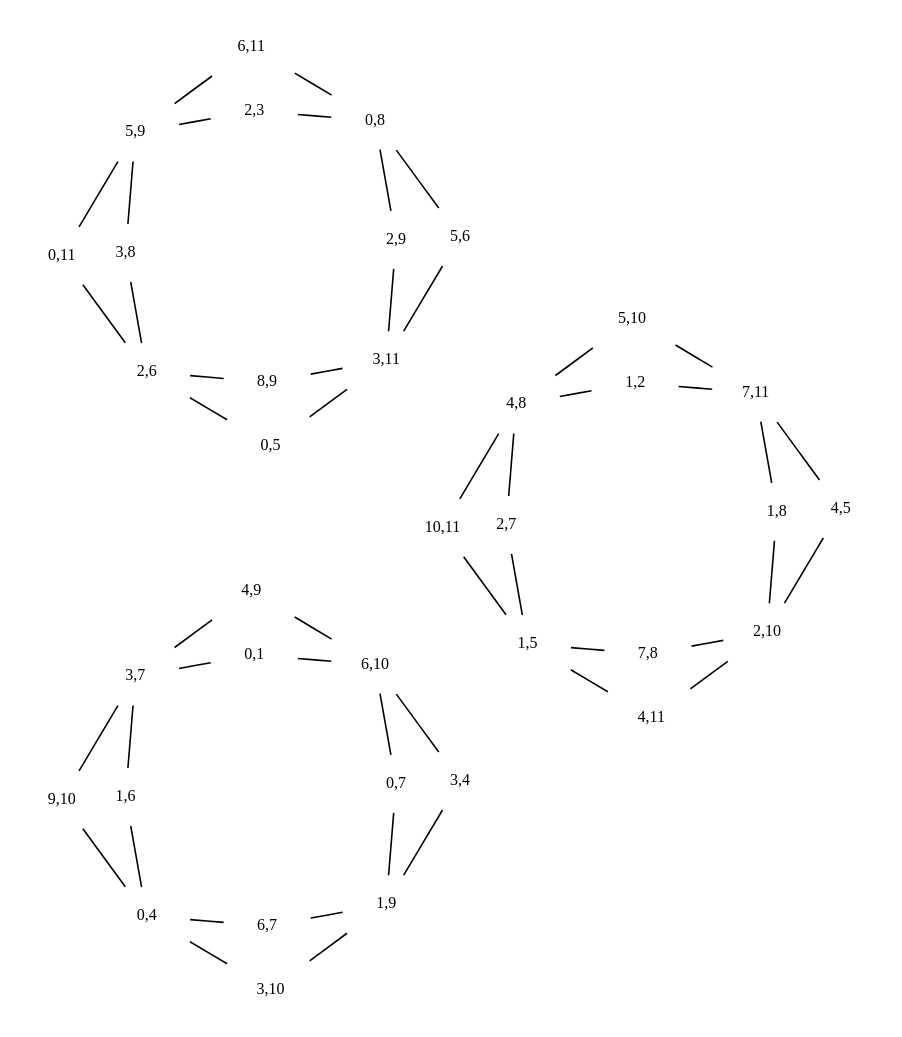
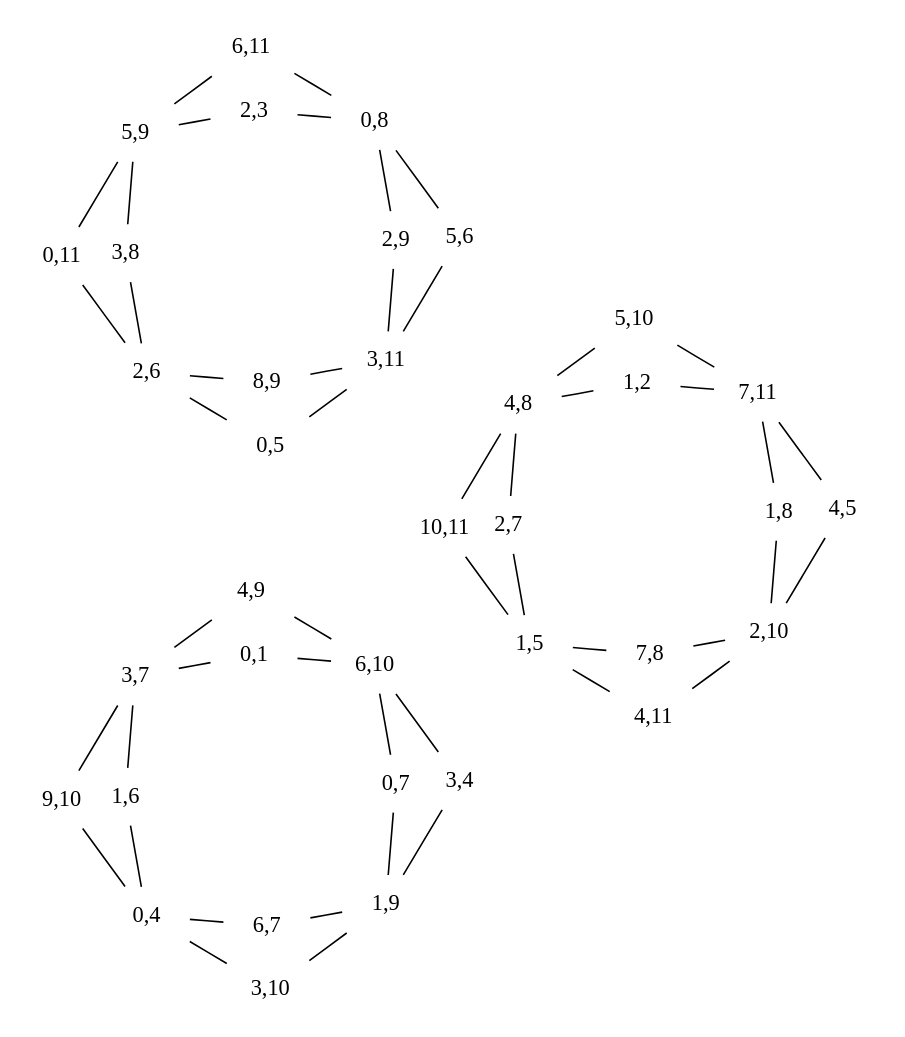
One commit to rd--/hmt changed the diagram in data/dot/tj/oh/tj_oh_p177.0.dot. Above: the diagram before and after it, drawn with Graphviz. The commit also changed 34 other files, not shown here.

```diff
--- a/data/dot/tj/oh/tj_oh_p177.0.dot
+++ b/data/dot/tj/oh/tj_oh_p177.0.dot
@@ -1,89 +1,89 @@
 graph
  g {
-graph [layout=neato,epsilon=0.000001];
-node [shape=plaintext,fontsize=10,fontname="century schoolbook"];
+graph [layout=neato,epsilon=0.000001,fontsize=10,fontname="century schoolbook"]
+node [shape=plaintext]
 0 [label="0,4"];
 1 [label="1,6"];
 2 [label="1,5"];
 3 [label="2,7"];
 4 [label="2,6"];
 5 [label="3,8"];
 6 [label="3,7"];
 7 [label="4,9"];
 8 [label="4,8"];
 9 [label="5,10"];
 10 [label="5,9"];
 11 [label="6,11"];
 12 [label="6,10"];
 13 [label="0,7"];
 14 [label="7,11"];
 15 [label="1,8"];
 16 [label="0,8"];
 17 [label="2,9"];
 18 [label="1,9"];
 19 [label="3,10"];
 20 [label="2,10"];
 21 [label="4,11"];
 22 [label="3,11"];
 23 [label="0,5"];
 24 [label="0,1"];
 25 [label="1,2"];
 26 [label="2,3"];
 27 [label="3,4"];
 28 [label="4,5"];
 29 [label="5,6"];
 30 [label="6,7"];
 31 [label="7,8"];
 32 [label="8,9"];
 33 [label="9,10"];
 34 [label="10,11"];
 35 [label="0,11"];
 0 -- 1;
 0 -- 19;
 0 -- 30;
 0 -- 33;
 2 -- 3;
 2 -- 21;
 2 -- 31;
 2 -- 34;
 4 -- 5;
 4 -- 23;
 4 -- 32;
 4 -- 35;
 6 -- 1;
 6 -- 7;
 6 -- 24;
 6 -- 33;
 8 -- 3;
 8 -- 9;
 8 -- 25;
 8 -- 34;
 10 -- 5;
 10 -- 11;
 10 -- 26;
 10 -- 35;
 12 -- 7;
 12 -- 13;
 12 -- 24;
 12 -- 27;
 14 -- 9;
 14 -- 15;
 14 -- 25;
 14 -- 28;
 16 -- 11;
 16 -- 17;
 16 -- 26;
 16 -- 29;
 18 -- 13;
 18 -- 19;
 18 -- 27;
 18 -- 30;
 20 -- 15;
 20 -- 21;
 20 -- 28;
 20 -- 31;
 22 -- 17;
 22 -- 23;
 22 -- 29;
 22 -- 32;
 }
```
